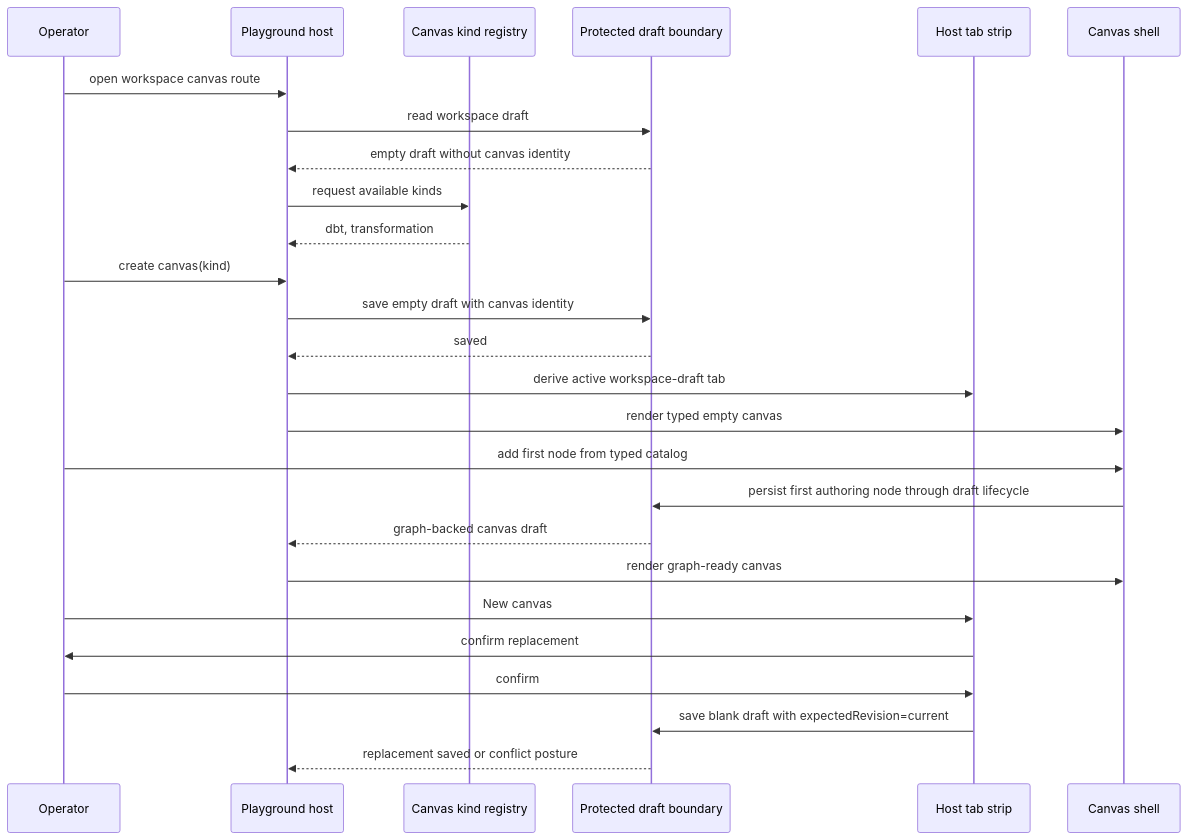
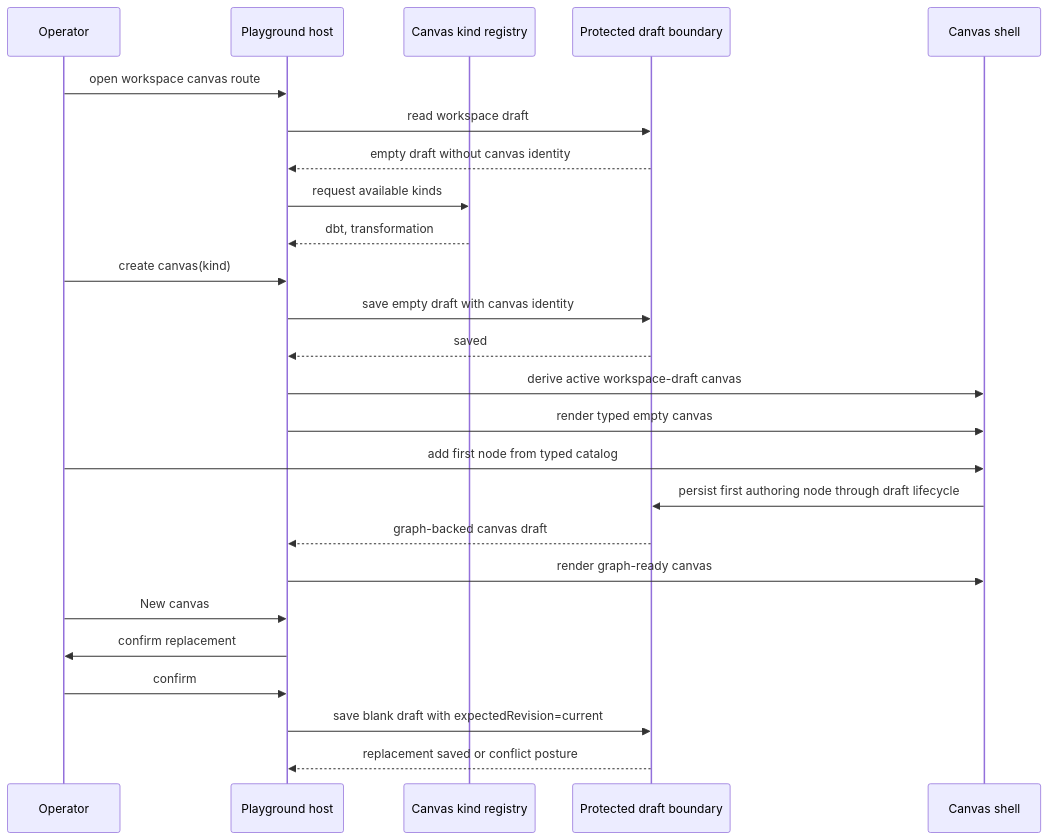
The third of 4 diagrams in docs/architecture/components/web/graph/canvas-playground-host-component.md (dunay2/dvt), drawn with Mermaid before and after one commit. The commit also changed other lines of this file and 19 other files, not shown here.

````diff
--- a/docs/architecture/components/web/graph/canvas-playground-host-component.md
+++ b/docs/architecture/components/web/graph/canvas-playground-host-component.md
@@ -167,29 +167,28 @@
 ```mermaid
 sequenceDiagram
   participant User as Operator
   participant Host as Playground host
   participant Registry as Canvas kind registry
   participant Draft as Protected draft boundary
-  participant Tabs as Host tab strip
   participant Shell as Canvas shell
 
   User->>Host: open workspace canvas route
   Host->>Draft: read workspace draft
   Draft-->>Host: empty draft without canvas identity
   Host->>Registry: request available kinds
   Registry-->>Host: dbt, transformation
   User->>Host: create canvas(kind)
   Host->>Draft: save empty draft with canvas identity
   Draft-->>Host: saved
-  Host->>Tabs: derive active workspace-draft tab
+  Host->>Shell: derive active workspace-draft canvas
   Host->>Shell: render typed empty canvas
   User->>Shell: add first node from typed catalog
   Shell->>Draft: persist first authoring node through draft lifecycle
   Draft-->>Host: graph-backed canvas draft
   Host->>Shell: render graph-ready canvas
-  User->>Tabs: New canvas
-  Tabs->>User: confirm replacement
-  User->>Tabs: confirm
-  Tabs->>Draft: save blank draft with expectedRevision=current
+  User->>Host: New canvas
+  Host->>User: confirm replacement
+  User->>Host: confirm
+  Host->>Draft: save blank draft with expectedRevision=current
   Draft-->>Host: replacement saved or conflict posture
 ```
````
